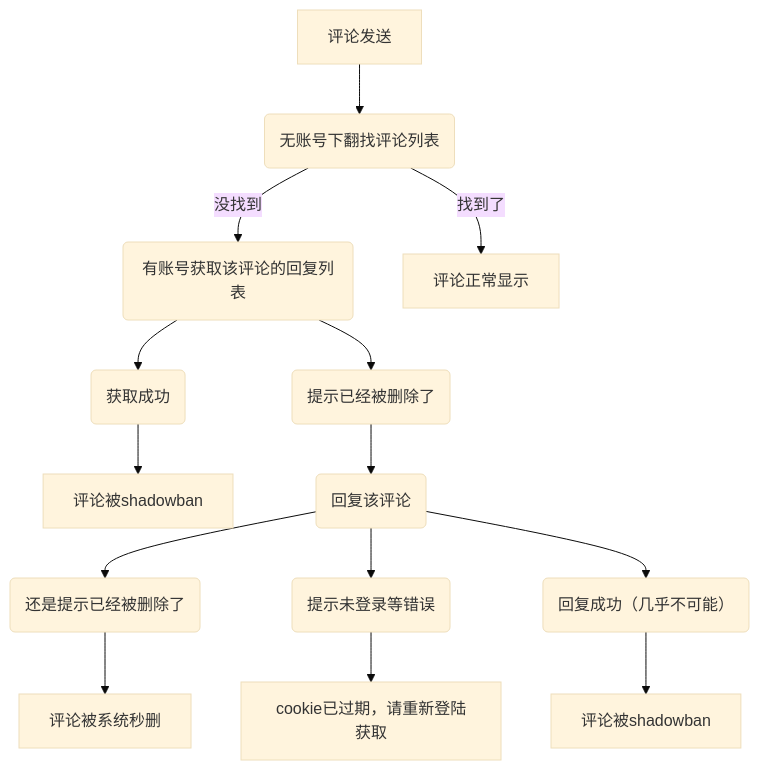
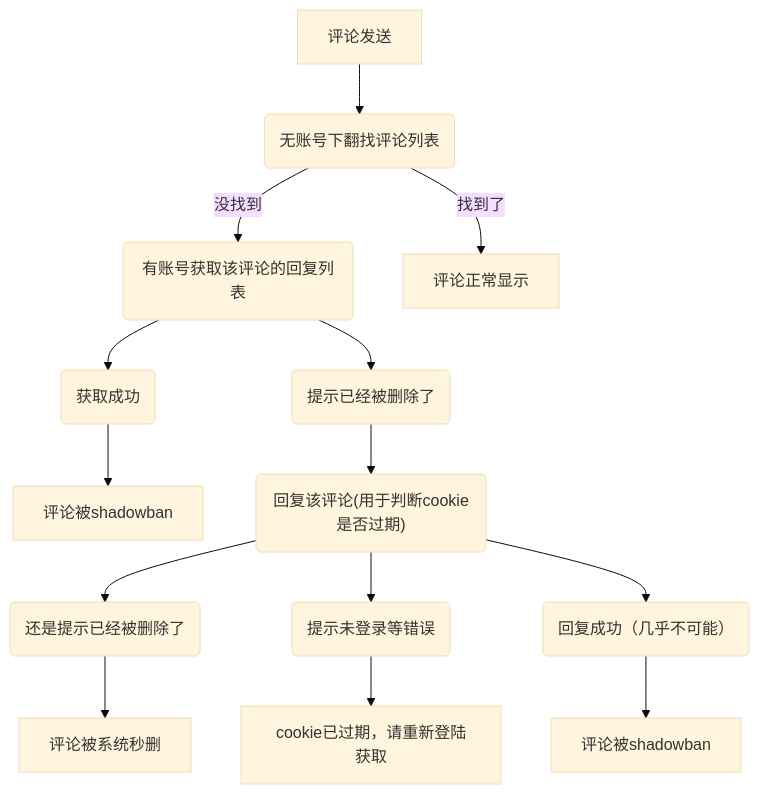
Before and after one commit to boli0301/bili.libre.commit: the second of 4 diagrams in README.md, drawn with Mermaid (base theme).

````diff
--- a/README.md
+++ b/README.md
@@ -48,10 +48,10 @@
 ```mermaid
 graph TB
     10[评论发送] --> 20(无账号下翻找评论列表)
     20 --找到了--> 400[评论正常显示]
     20 --没找到 --> 60(有账号获取该评论的回复列表) --> 70(获取成功) --> 80[评论被shadowban]
-    60 --> 90(提示已经被删除了) --> 100(回复该评论) --> 110(还是提示已经被删除了) --> 105[评论被系统秒删]
+    60 --> 90(提示已经被删除了) --> 100("回复该评论(用于判断cookie是否过期)") --> 110(还是提示已经被删除了) --> 105[评论被系统秒删]
     100 --> 120(提示未登录等错误) --> 130["cookie已过期，请重新登陆获取"]
     100 --> 140("回复成功（几乎不可能）") --> 150[评论被shadowban]
     
 ```
````
